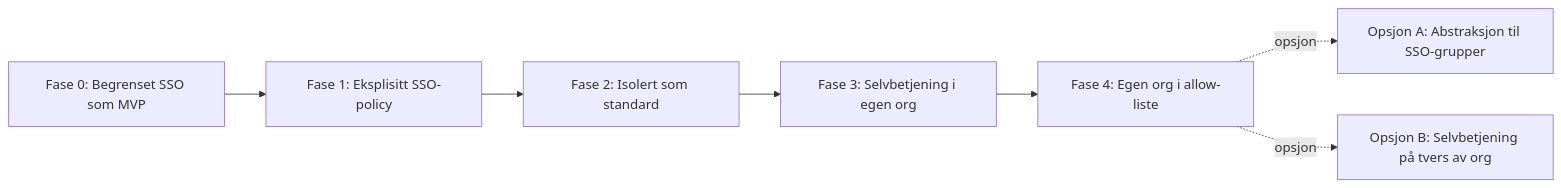
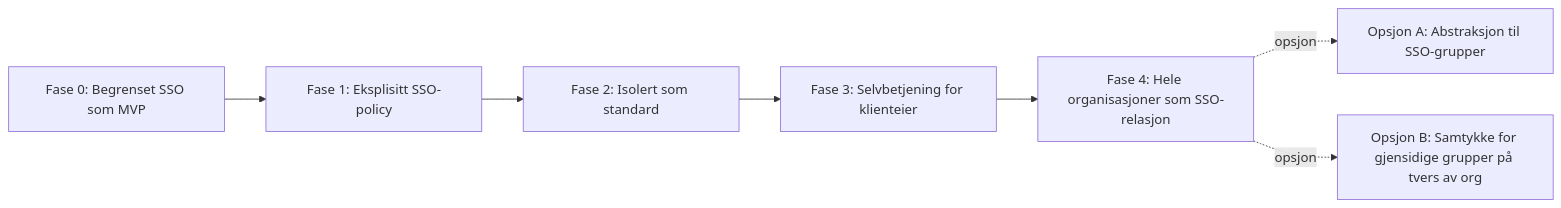
Before and after one commit to felleslosninger/docs: the fifth of 5 diagrams in _docs/idporten/oidc/oidc_sso_grupper.md, drawn with Mermaid. The commit also changed other lines of this file, not shown here.

Commit message:
Refine terminology and clarify SSO relationship descriptions in documentation

```diff
--- a/_docs/idporten/oidc/oidc_sso_grupper.md
+++ b/_docs/idporten/oidc/oidc_sso_grupper.md
@@ -262,9 +274,9 @@
 <div class="mermaid">
 graph LR
     F0[Fase 0: Begrenset SSO som MVP] --> F1[Fase 1: Eksplisitt SSO-policy]
     F1 --> F2[Fase 2: Isolert som standard]
-    F2 --> F3[Fase 3: Selvbetjening i egen org]
-    F3 --> F4[Fase 4: Egen org i allow-liste]
+    F2 --> F3[Fase 3: Selvbetjening for klienteier]
+    F3 --> F4[Fase 4: Hele organisasjoner som SSO-relasjon]
     F4 -. opsjon .-> OA[Opsjon A: Abstraksjon til SSO-grupper]
-    F4 -. opsjon .-> OB[Opsjon B: Selvbetjening på tvers av org]
+    F4 -. opsjon .-> OB[Opsjon B: Samtykke for gjensidige grupper på tvers av org]
 </div>
```
